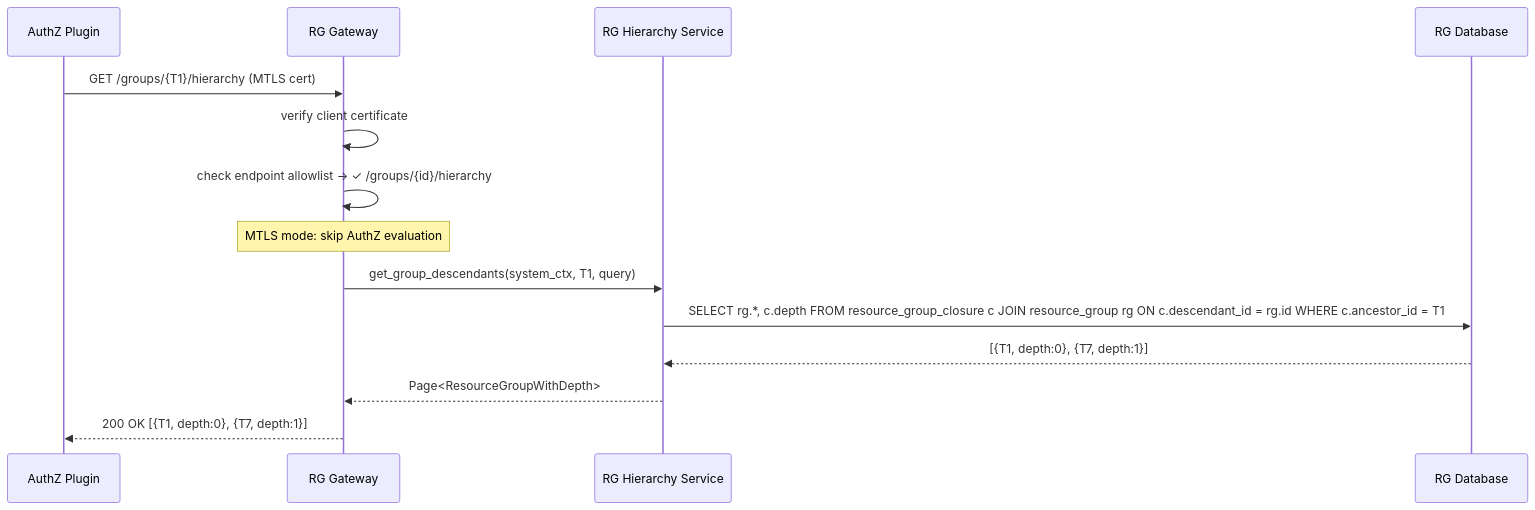
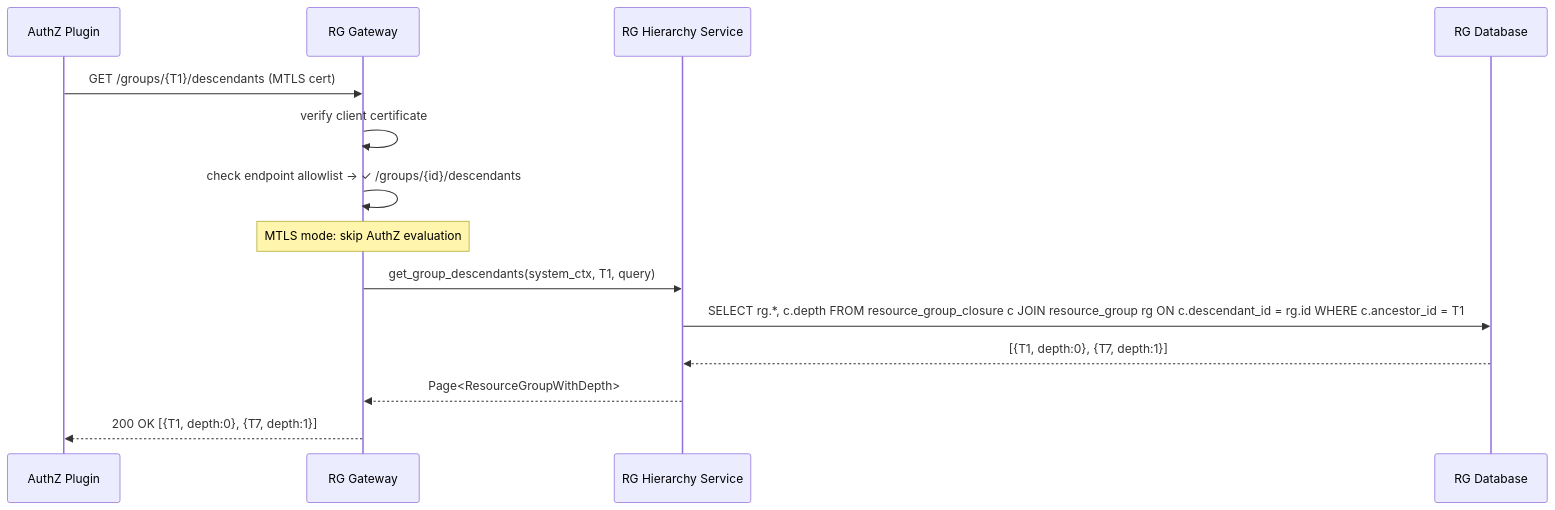
Before and after one commit to ffedoroff/gears-rust: the seventh of 8 diagrams in gears/system/resource-group/docs/DESIGN.md, drawn with Mermaid. The commit also changed other lines of this file and 8 other files, not shown here.

````diff
--- a/gears/system/resource-group/docs/DESIGN.md
+++ b/gears/system/resource-group/docs/DESIGN.md
@@ -1017,19 +1047,19 @@
 ```mermaid
 sequenceDiagram
     participant AZ as AuthZ Plugin
     participant RG_GW as RG Gateway
     participant RG_SVC as RG Hierarchy Service
     participant DB as RG Database
 
-    AZ->>RG_GW: GET /groups/{T1}/hierarchy (MTLS cert)
+    AZ->>RG_GW: GET /groups/{T1}/descendants (MTLS cert)
     RG_GW->>RG_GW: verify client certificate
-    RG_GW->>RG_GW: check endpoint allowlist → ✓ /groups/{id}/hierarchy
+    RG_GW->>RG_GW: check endpoint allowlist → ✓ /groups/{id}/descendants
 
     Note over RG_GW: MTLS mode: skip AuthZ evaluation
 
     RG_GW->>RG_SVC: get_group_descendants(system_ctx, T1, query)
     RG_SVC->>DB: SELECT rg.*, c.depth FROM resource_group_closure c JOIN resource_group rg ON c.descendant_id = rg.id WHERE c.ancestor_id = T1
     DB-->>RG_SVC: [{T1, depth:0}, {T7, depth:1}]
     RG_SVC-->>RG_GW: Page<ResourceGroupWithDepth>
     RG_GW-->>AZ: 200 OK [{T1, depth:0}, {T7, depth:1}]
 ```
````
